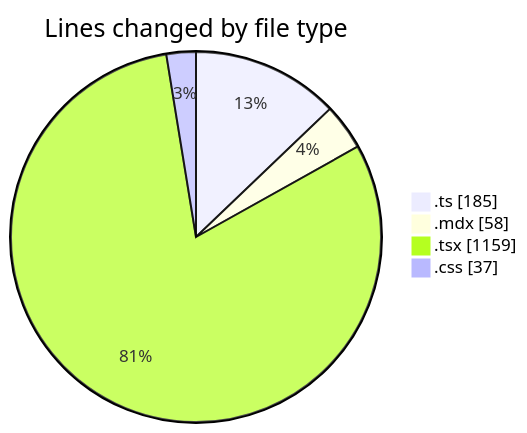
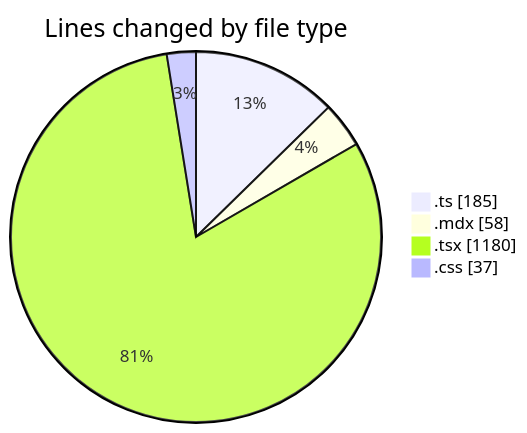
One commit to Elitesun/code-tracking changed the first of 2 diagrams in 2025-05-25/elitesun/README.md. Above: the diagram before and after it, drawn with Mermaid. The commit also changed other lines of this file and 1 other file, not shown here.

````diff
--- a/2025-05-25/elitesun/README.md
+++ b/2025-05-25/elitesun/README.md
@@ -32,8 +32,8 @@
 ```mermaid
 pie showData
 title Lines changed by file type
 ".ts" : 185
 ".mdx" : 58
-".tsx" : 1159
+".tsx" : 1180
 ".css" : 37
 ```
````
